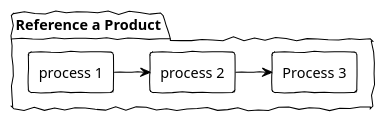
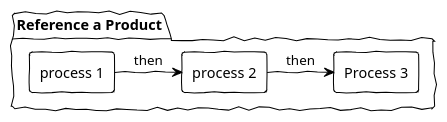
The first of 5 diagrams in ait/process-sketech.plantuml (olom70/diagrams), drawn with PlantUML before and after one commit. The commit also changed other lines of this file, not shown here.

```diff
--- a/ait/process-sketech.plantuml
+++ b/ait/process-sketech.plantuml
@@ -1,18 +1,18 @@
 @startuml Process
 skinparam handwritten true
 skinparam componentStyle rectangle
 !theme plain
 
 package "Reference a Product" {
 
 [process 1] as p1
 [process 2] as p2
 [Process 3] as p3
 
-p1 -> p2
-p2 -> p3
+p1 -> p2 : then
+p2 -> p3 : then
 
 
 }
 
 @enduml
```
